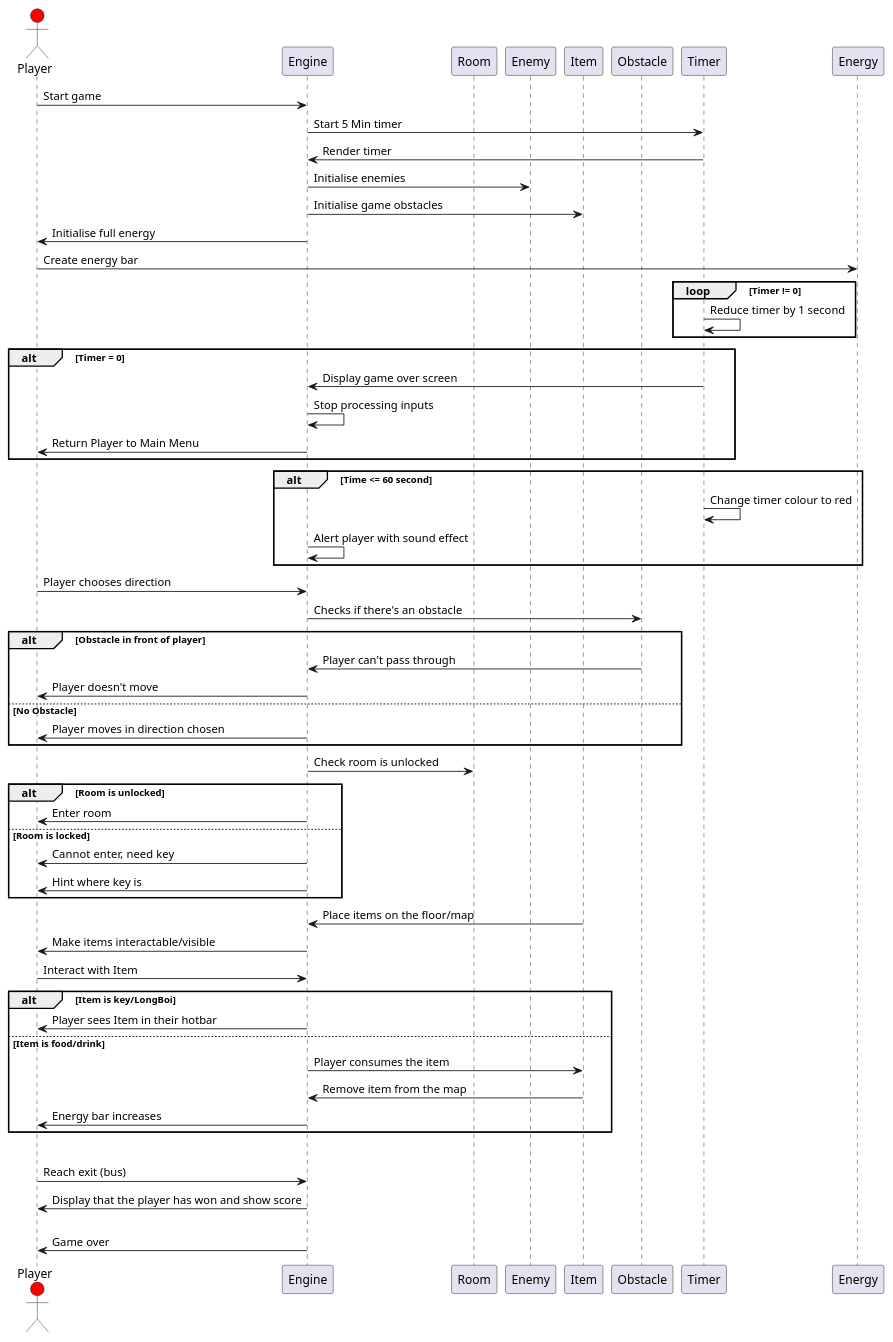
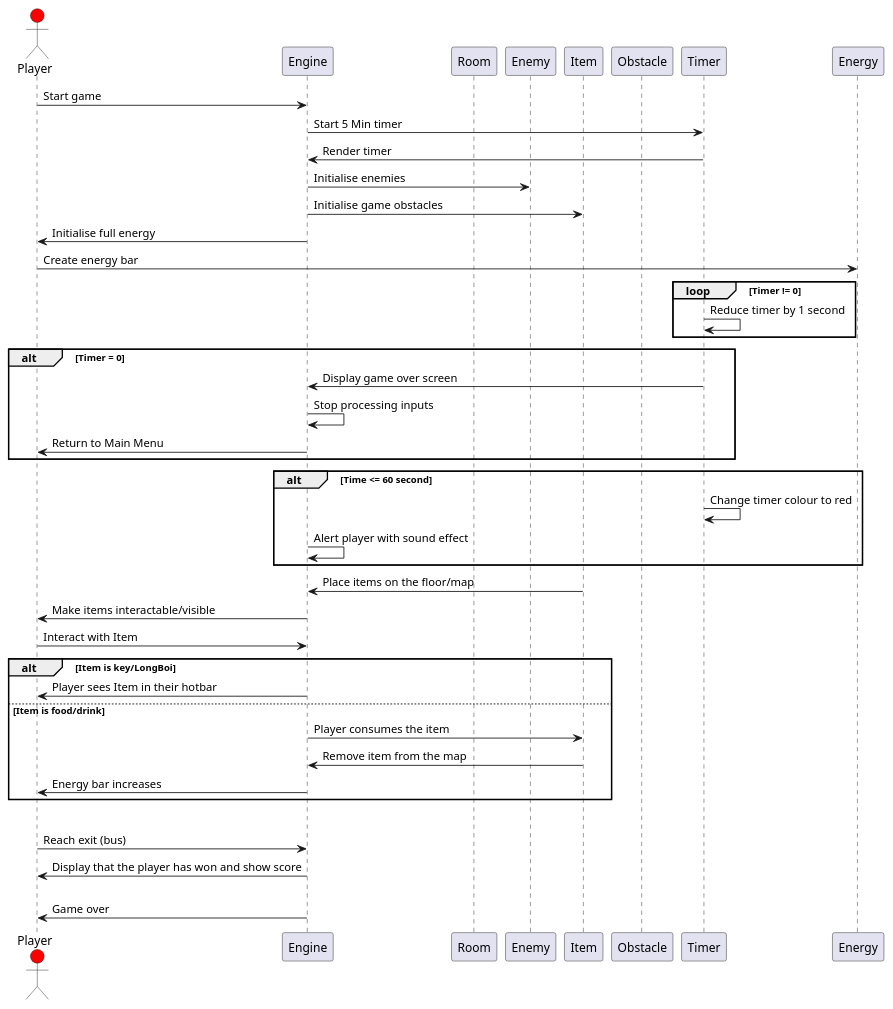
Before and after one commit to WHALES-ENG1/WHALES-Assets: the diagram in Architecture/structuralMain.puml, drawn with PlantUML. The commit also changed 1 other file, not shown here.

Commit message:
Room & Door Logic
Expanded on and consolidated room, doors, and key logic

```diff
--- a/Architecture/structuralMain.puml
+++ b/Architecture/structuralMain.puml
@@ -1,105 +1,74 @@
 @startuml structuralDiagram
 
 'separate diagram for main menu? i.e. settings leaderboard'
 
 'participants: player, room, engine, goose'
 'sequence diagram - mainly decisions'
 
 actor Player #Red
 participant Engine
 participant Room
 participant Enemy
 participant Item
 participant Obstacle
 participant Timer
 participant Energy
 
 
 'start of the game'
 
 Player -> Engine: Start game
 Engine -> Timer: Start 5 Min timer
 Timer -> Engine: Render timer
 
 
 'creation of the maze
 
 Engine -> Enemy: Initialise enemies
 Engine -> Item: Initialise game obstacles
 Engine -> Player: Initialise full energy
 Player -> Energy: Create energy bar
 
 'timer:'
 
 loop Timer != 0
     Timer -> Timer: Reduce timer by 1 second
 end
 
 alt Timer = 0
     Timer -> Engine: Display game over screen
     Engine -> Engine: Stop processing inputs
-    Engine -> Player: Return Player to Main Menu
+    Engine -> Player: Return to Main Menu
 end
 
 alt Time <= 60 second
     Timer -> Timer: Change timer colour to red
     Engine -> Engine: Alert player with sound effect
 end
 
-
-'player movement:'
-
-Player -> Engine: Player chooses direction
-Engine -> Obstacle: Checks if there's an obstacle
-
-alt Obstacle in front of player
-    Obstacle -> Engine: Player can't pass through
-    Engine -> Player: Player doesn't move
-else No Obstacle
-    Engine -> Player: Player moves in direction chosen
-end
-
-
-'rooms/doors
-
-Engine -> Room: Check room is unlocked
-
-alt Room is unlocked
-    Engine -> Player: Enter room
-
-else Room is locked
-    Engine -> Player: Cannot enter, need key
-    Engine -> Player: Hint where key is
-
-end
-
-
 'items:'
 
 Item -> Engine: Place items on the floor/map
 Engine -> Player: Make items interactable/visible
-
 Player -> Engine: Interact with Item
 
 alt Item is key/LongBoi
     Engine -> Player: Player sees Item in their hotbar
-
 else Item is food/drink
     Engine -> Item: Player consumes the item
     Item -> Engine: Remove item from the map
     Engine -> Player: Energy bar increases
-
 end
 
 
 'player wins the game (longboi is returned and make the bus):'
 
 alt Player has LongBoi and Time != 0
     Player -> Engine: Reach exit (bus)
     Engine -> Player: Display that the player has won and show score
 
 else Player doesn't have LongBoi or time = 0
     Engine -> Player: Game over
 
 
 @enduml
```
